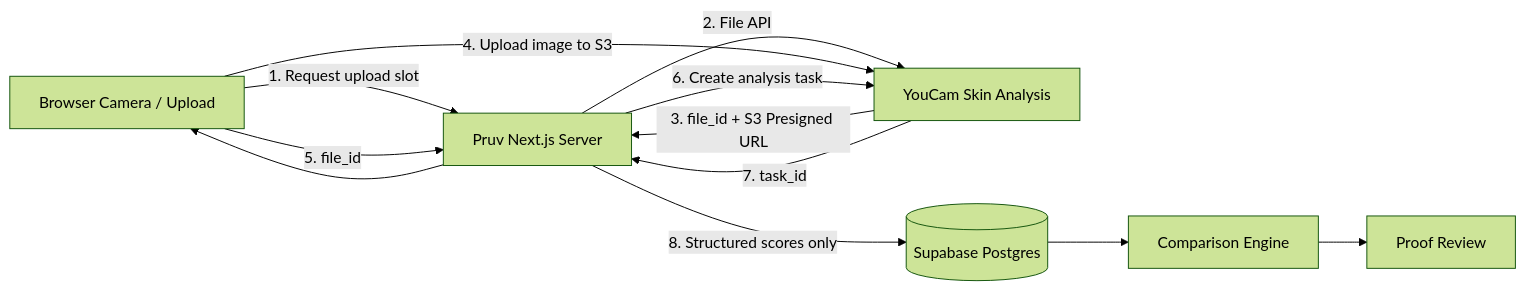
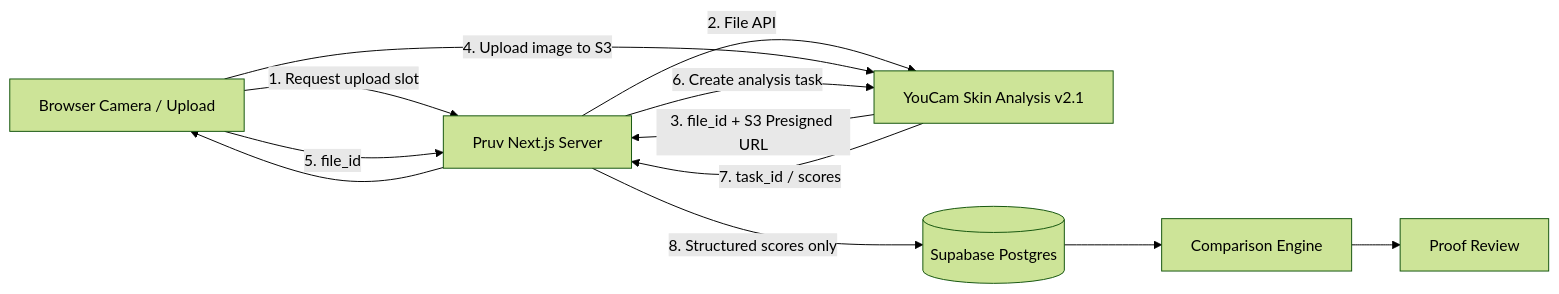
Before and after one commit to NikhilRaikwar/Pruv: the first of 3 diagrams in docs/ARCHITECTURE.md, drawn with Mermaid (forest theme). The commit also changed other lines of this file and 3 other files, not shown here.

Commit message:
docs: streamline judge-first README, relocate deep architecture diagrams, and update llms.txt

````diff
--- a/docs/ARCHITECTURE.md
+++ b/docs/ARCHITECTURE.md
@@ -15,21 +15,21 @@
 ```mermaid
 flowchart LR
     B[Browser Camera / Upload]
     S[Pruv Next.js Server]
-    Y[YouCam Skin Analysis]
+    Y[YouCam Skin Analysis v2.1]
     D[(Supabase Postgres)]
     C[Comparison Engine]
     P[Proof Review]
 
     B -->|1. Request upload slot| S
     S -->|2. File API| Y
     Y -->|3. file_id + S3 Presigned URL| S
     S --> B
     B -->|4. Upload image to S3| Y
     B -->|5. file_id| S
     S -->|6. Create analysis task| Y
-    Y -->|7. task_id| S
+    Y -->|7. task_id / scores| S
     S -->|8. Structured scores only| D
     D --> C
     C --> P
 ```
````
